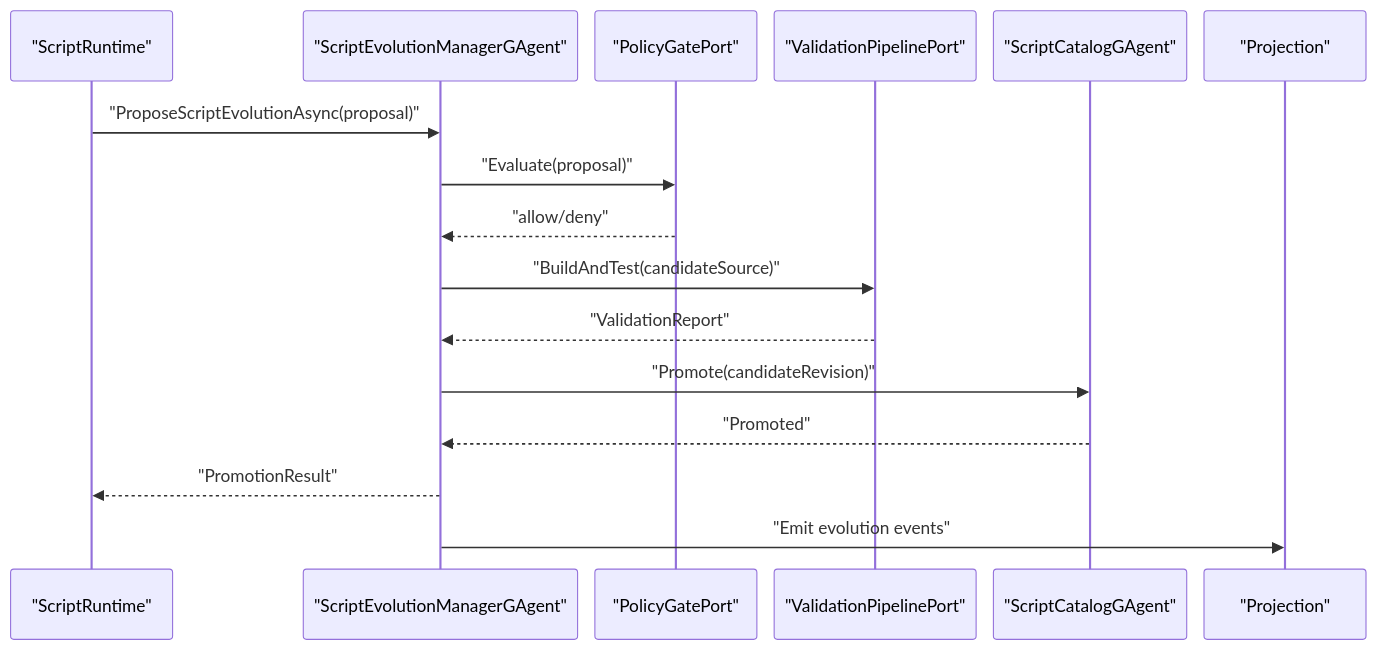
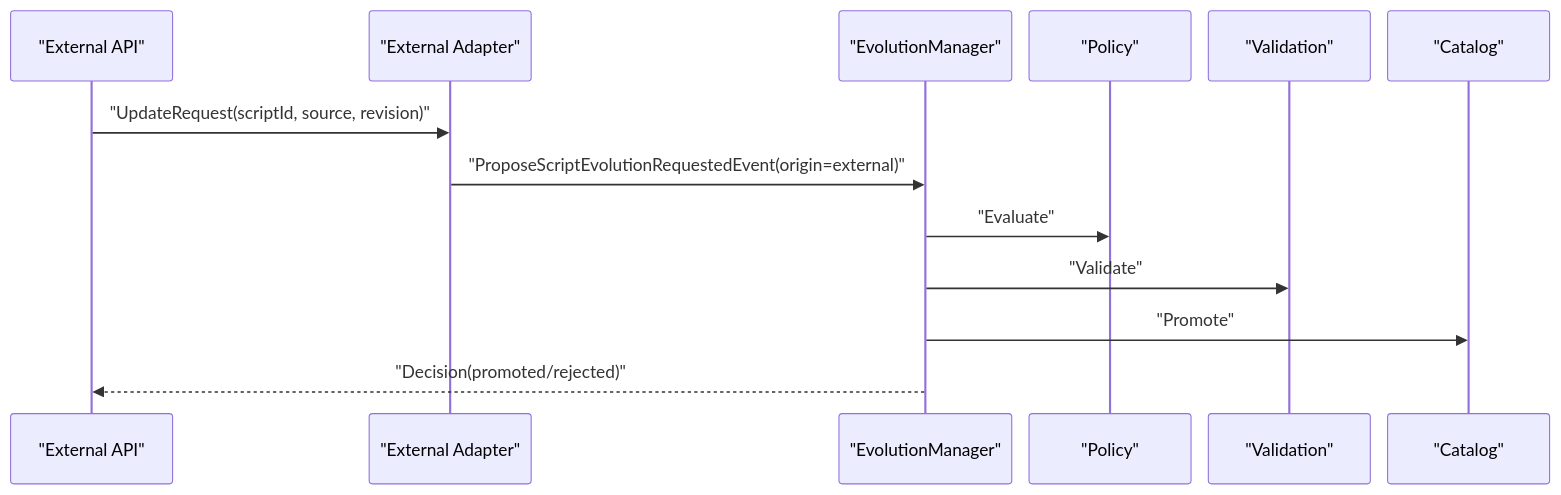
One commit to aevatarAI/aevatar changed the second of 3 diagrams in docs/architecture/scripting-autonomous-evolution-architecture-change-2026-03-02.md. Above: the diagram before and after it, drawn with Mermaid. The commit also changed other lines of this file and 70 other files, not shown here.

First line of the commit message:
Refactor Aevatar.Scripting architecture to implement dual-channel evolution capabilities

````diff
--- a/docs/architecture/scripting-autonomous-evolution-architecture-change-2026-03-02.md
+++ b/docs/architecture/scripting-autonomous-evolution-architecture-change-2026-03-02.md
@@ -235,20 +162,17 @@
 ```mermaid
 %%{init: {"maxTextSize": 100000, "flowchart": {"useMaxWidth": false, "nodeSpacing": 10, "rankSpacing": 50}, "sequence": {"useMaxWidth": false, "actorMargin": 16, "messageMargin": 12, "diagramMarginX": 20, "diagramMarginY": 10}, "themeVariables": {"fontSize": "10px"}}}%%
 sequenceDiagram
-    participant SRC as "ScriptRuntime"
-    participant EVO as "ScriptEvolutionManagerGAgent"
-    participant POL as "PolicyGatePort"
-    participant VAL as "ValidationPipelinePort"
-    participant CAT as "ScriptCatalogGAgent"
-    participant PRJ as "Projection"
+    participant API as "External API"
+    participant ADP as "External Adapter"
+    participant EVO as "EvolutionManager"
+    participant POL as "Policy"
+    participant VAL as "Validation"
+    participant CAT as "Catalog"
 
-    SRC->>EVO: "ProposeScriptEvolutionAsync(proposal)"
-    EVO->>POL: "Evaluate(proposal)"
-    POL-->>EVO: "allow/deny"
-    EVO->>VAL: "BuildAndTest(candidateSource)"
-    VAL-->>EVO: "ValidationReport"
-    EVO->>CAT: "Promote(candidateRevision)"
-    CAT-->>EVO: "Promoted"
-    EVO-->>SRC: "PromotionResult"
-    EVO->>PRJ: "Emit evolution events"
+    API->>ADP: "UpdateRequest(scriptId, source, revision)"
+    ADP->>EVO: "ProposeScriptEvolutionRequestedEvent(origin=external)"
+    EVO->>POL: "Evaluate"
+    EVO->>VAL: "Validate"
+    EVO->>CAT: "Promote"
+    EVO-->>API: "Decision(promoted/rejected)"
 ```
````
